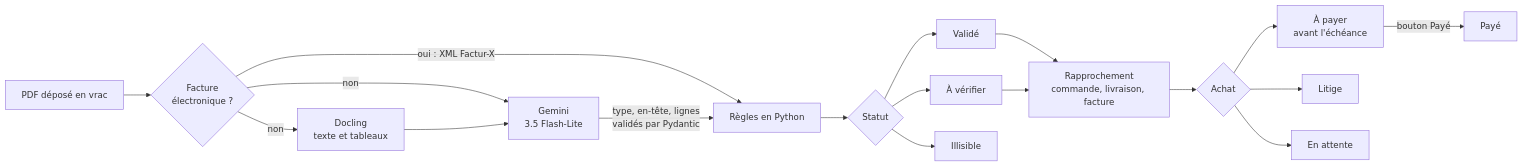
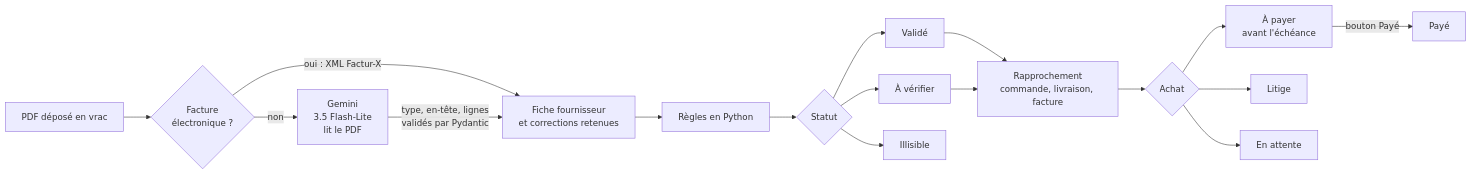
The diagram in README.md (Jeremy84100/factures-ia), drawn with Mermaid before and after one commit. The commit also changed other lines of this file, not shown here.

Commit message:
README : Gemini lit le PDF seul, fiche fournisseur, corrections retenues

````diff
--- a/README.md
+++ b/README.md
@@ -40,20 +40,19 @@
 ```mermaid
 flowchart LR
     A[PDF déposé en vrac] --> X{Facture<br>électronique ?}
-    X -->|oui : XML Factur-X| D[Règles en Python]
-    X -->|non| B[Docling<br>texte et tableaux]
-    X -->|non| C[Gemini<br>3.5 Flash-Lite]
-    B --> C
-    C -->|type, en-tête, lignes<br>validés par Pydantic| D
+    X -->|oui : XML Factur-X| K[Fiche fournisseur<br>et corrections retenues]
+    X -->|non| C[Gemini<br>3.5 Flash-Lite<br>lit le PDF]
+    C -->|type, en-tête, lignes<br>validés par Pydantic| K
+    K --> D[Règles en Python]
     D --> E{Statut}
     E --> F[Validé]
     E --> G[À vérifier]
     E --> H[Illisible]
     F --> R[Rapprochement<br>commande, livraison, facture]
     G --> R
     R --> S{Achat}
     S --> T[À payer<br>avant l'échéance]
     S --> U[Litige]
     S --> V[En attente]
     T -->|bouton Payé| W[Payé]
 ```
````
